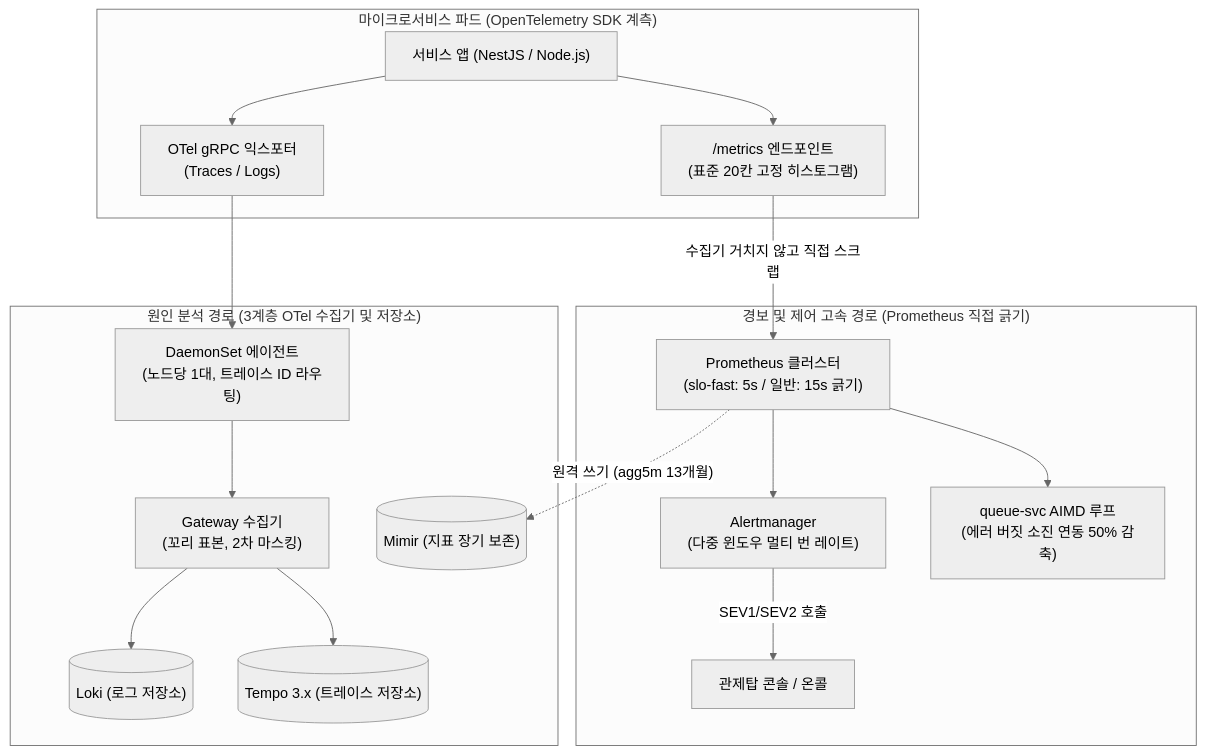
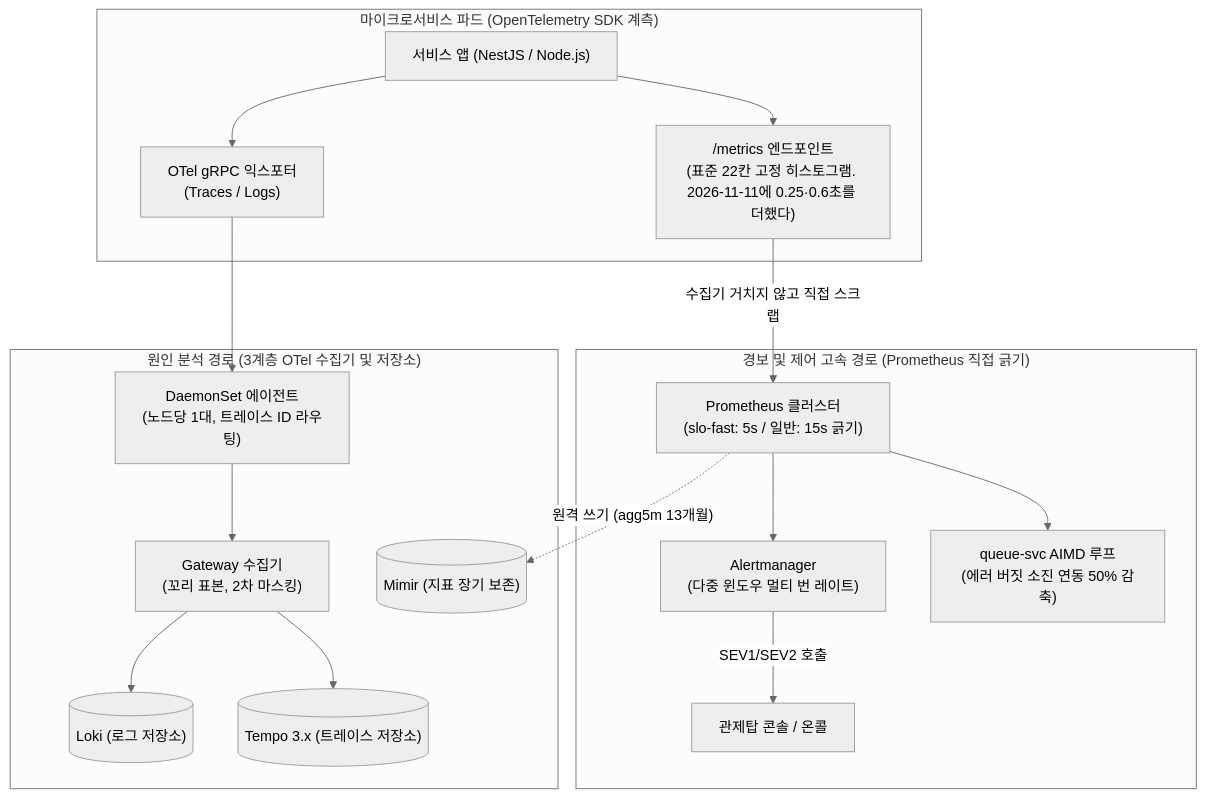
Before and after one commit to peaket/peaket: the diagram in docs/walkthrough/fields/19-observability.md, drawn with Mermaid (neutral theme). The commit also changed other lines of this file and 32 other files, not shown here.

````diff
--- a/docs/walkthrough/fields/19-observability.md
+++ b/docs/walkthrough/fields/19-observability.md
@@ -23,35 +23,35 @@
 ```mermaid
 flowchart TD
     subgraph DataPlane["마이크로서비스 파드 (OpenTelemetry SDK 계측)"]
         App["서비스 앱 (NestJS / Node.js)"]
-        PromMetrics["/metrics 엔드포인트<br/>(표준 20칸 고정 히스토그램)"]
+        PromMetrics["/metrics 엔드포인트<br/>(표준 22칸 고정 히스토그램. 2026-11-11에 0.25·0.6초를 더했다)"]
         OTelExporter["OTel gRPC 익스포터<br/>(Traces / Logs)"]
         App --> PromMetrics
         App --> OTelExporter
     end
 
     subgraph FastPath["경보 및 제어 고속 경로 (Prometheus 직접 긁기)"]
         Prom["Prometheus 클러스터<br/>(slo-fast: 5s / 일반: 15s 긁기)"]
         AlertMgr["Alertmanager<br/>(다중 윈도우 멀티 번 레이트)"]
         AIMD["queue-svc AIMD 루프<br/>(에러 버짓 소진 연동 50% 감축)"]
         
         PromMetrics -->|"수집기 거치지 않고 직접 스크랩"| Prom
         Prom --> AlertMgr
         Prom --> AIMD
         AlertMgr -->|"SEV1/SEV2 호출"| OpsConsole["관제탑 콘솔 / 온콜"]
     end
 
     subgraph DeepPath["원인 분석 경로 (3계층 OTel 수집기 및 저장소)"]
         DaemonAgent["DaemonSet 에이전트<br/>(노드당 1대, 트레이스 ID 라우팅)"]
         GwCollector["Gateway 수집기<br/>(꼬리 표본, 2차 마스킹)"]
         Loki[("Loki (로그 저장소)")]
         Tempo[("Tempo 3.x (트레이스 저장소)")]
         Mimir[("Mimir (지표 장기 보존)")]
         
         OTelExporter --> DaemonAgent
         DaemonAgent --> GwCollector
         GwCollector --> Loki
         GwCollector --> Tempo
         Prom -.->|"원격 쓰기 (agg5m 13개월)"| Mimir
     end
 ```
````
